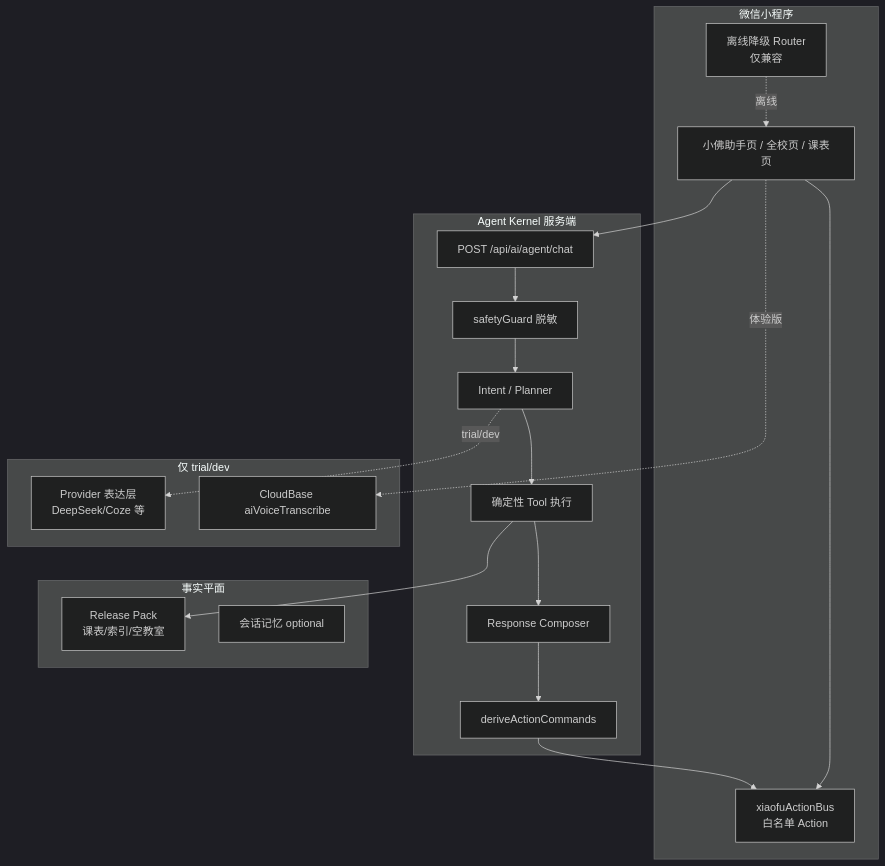
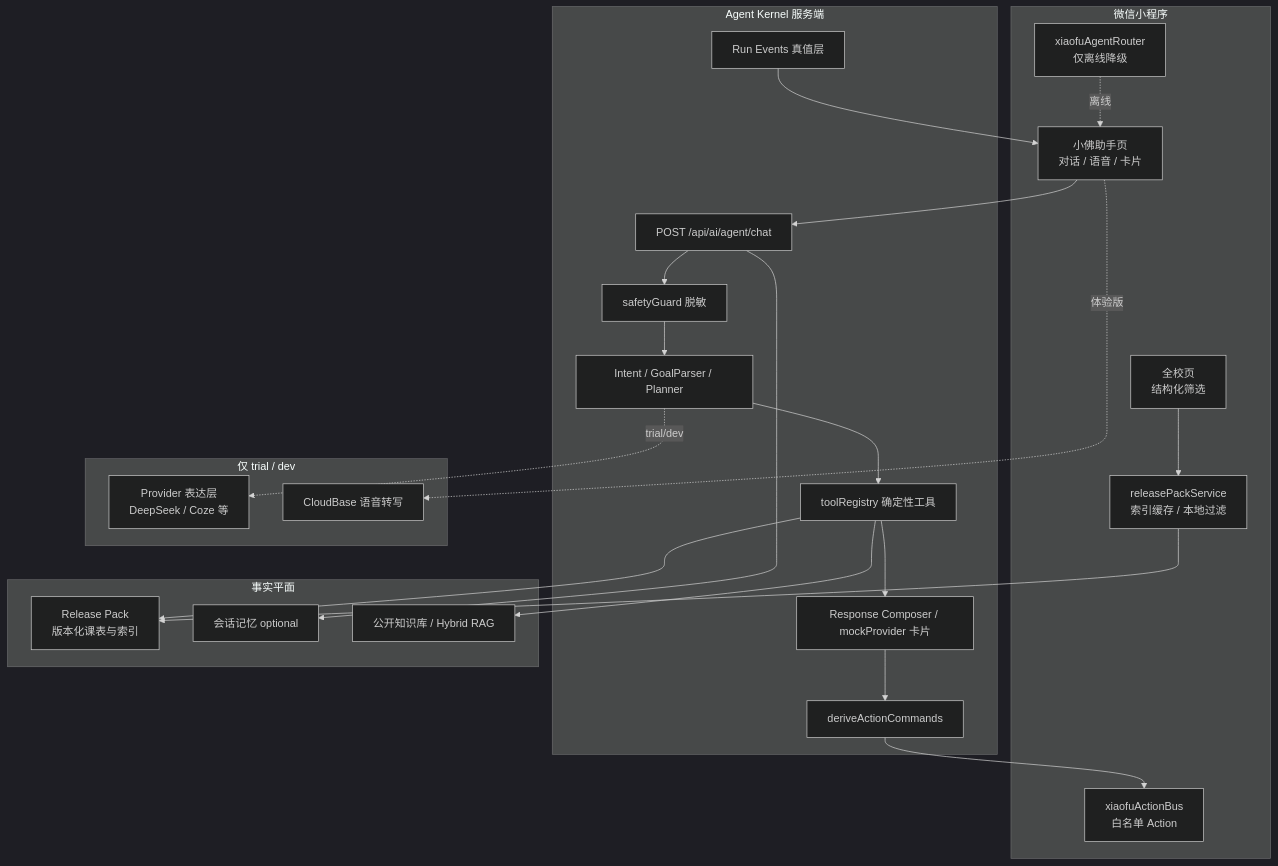
The diagram in docs/competition-2026-agent-design.md (katelya77/FosuClass), drawn with Mermaid (dark theme) before and after one commit. The commit also changed other lines of this file and 9 other files, not shown here.

First line of the commit message:
feat(xiaofu,school): clickable teacher result cards and design doc

````diff
--- a/docs/competition-2026-agent-design.md
+++ b/docs/competition-2026-agent-design.md
@@ -44,38 +98,45 @@
 ```mermaid
 flowchart TB
   subgraph Client["微信小程序"]
-    UI["小佛助手页 / 全校页 / 课表页"]
+    School["全校页<br/>结构化筛选"]
+    Xiaofu["小佛助手页<br/>对话 / 语音 / 卡片"]
     Bus["xiaofuActionBus<br/>白名单 Action"]
-    Local["离线降级 Router<br/>仅兼容"]
+    Local["xiaofuAgentRouter<br/>仅离线降级"]
+    PackClient["releasePackService<br/>索引缓存 / 本地过滤"]
   end
 
   subgraph Server["Agent Kernel 服务端"]
     Chat["POST /api/ai/agent/chat"]
     Safety["safetyGuard 脱敏"]
-    Intent["Intent / Planner"]
-    Tools["确定性 Tool 执行"]
-    Compose["Response Composer"]
+    Intent["Intent / GoalParser / Planner"]
+    Tools["toolRegistry 确定性工具"]
+    Compose["Response Composer / mockProvider 卡片"]
     Actions["deriveActionCommands"]
+    Events["Run Events 真值层"]
   end
 
   subgraph Data["事实平面"]
-    RP["Release Pack<br/>课表/索引/空教室"]
+    RP["Release Pack<br/>版本化课表与索引"]
     Mem["会话记忆 optional"]
+    KB["公开知识库 / Hybrid RAG"]
   end
 
-  subgraph Optional["仅 trial/dev"]
-    Prov["Provider 表达层<br/>DeepSeek/Coze 等"]
-    ASR["CloudBase aiVoiceTranscribe"]
+  subgraph Optional["仅 trial / dev"]
+    Prov["Provider 表达层<br/>DeepSeek / Coze 等"]
+    ASR["CloudBase 语音转写"]
   end
 
-  UI --> Chat
-  UI --> Bus
+  Xiaofu --> Chat
+  School --> PackClient
+  PackClient --> RP
   Chat --> Safety --> Intent --> Tools
   Tools --> RP
-  Tools --> Compose
-  Compose --> Actions
+  Tools --> Compose --> Actions
   Actions --> Bus
+  Events --> Xiaofu
   Intent -.->|trial/dev| Prov
-  UI -.->|体验版| ASR
-  Local -.->|离线| UI
+  Xiaofu -.->|体验版| ASR
+  Local -.->|离线| Xiaofu
+  Tools --> KB
+  Chat --> Mem
 ```
````
